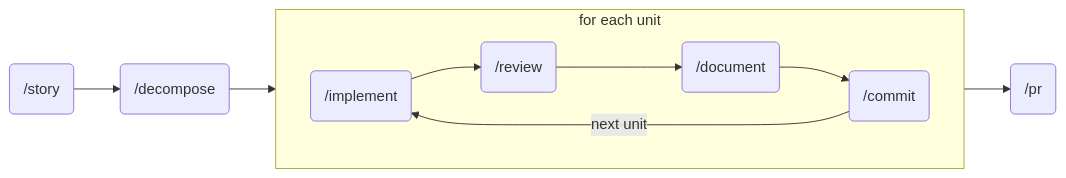
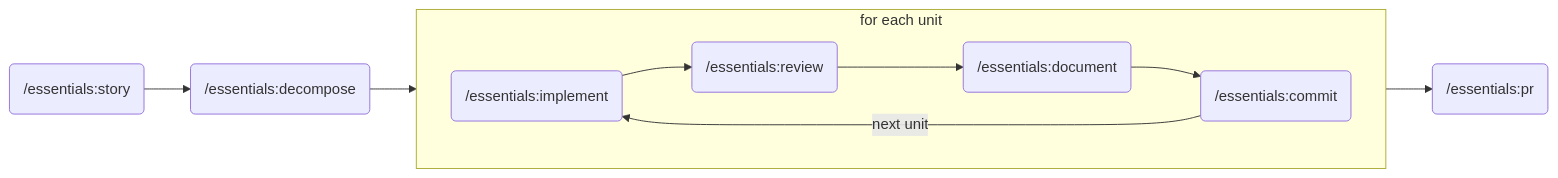
One commit to JSA-Partners/claude-essentials changed the diagram in README.md. Above: the diagram before and after it, drawn with Mermaid. The commit also changed other lines of this file and 9 other files, not shown here.

````diff
--- a/README.md
+++ b/README.md
@@ -38,13 +38,13 @@
 ```mermaid
 flowchart LR
-    A("/story") --> B("/decompose")
+    A("/essentials:story") --> B("/essentials:decompose")
 
     subgraph unit ["for each unit"]
         direction LR
-        C("/implement") --> D("/review") --> E("/document") --> F("/commit")
+        C("/essentials:implement") --> D("/essentials:review") --> E("/essentials:document") --> F("/essentials:commit")
         F -- next unit --> C
     end
 
     B --> C
-    F --> G("/pr")
+    F --> G("/essentials:pr")
 ```
````
